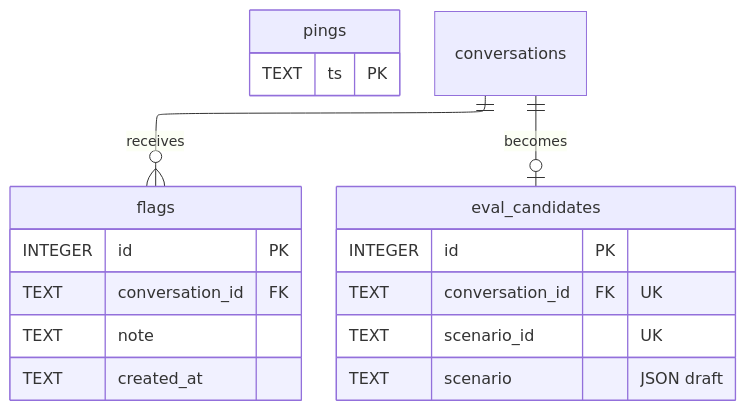
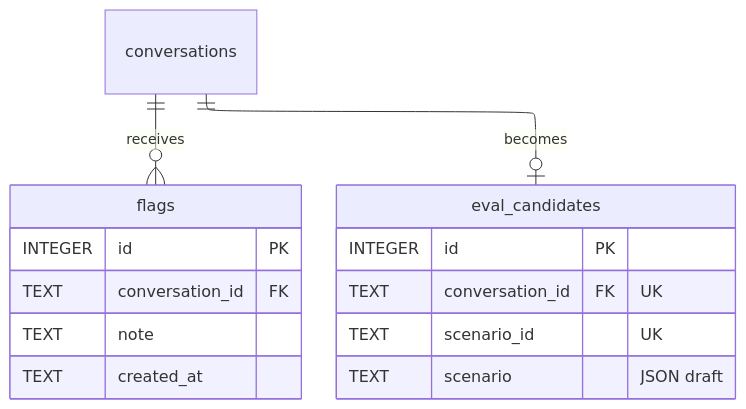
Before and after one commit to ThinkBuildMake/aea-fde-challenge: diagram 11 of 11 in docs/ARCHITECTURE.md, drawn with Mermaid. The commit also changed other lines of this file and 13 other files, not shown here.

````diff
--- a/docs/ARCHITECTURE.md
+++ b/docs/ARCHITECTURE.md
@@ -537,22 +535,19 @@
 ```mermaid
 %%{init: {"layout": "elk"}}%%
 erDiagram
   flags {
     INTEGER id PK
     TEXT conversation_id FK
     TEXT note
     TEXT created_at
   }
   eval_candidates {
     INTEGER id PK
     TEXT conversation_id FK "UK"
     TEXT scenario_id "UK"
     TEXT scenario "JSON draft"
   }
-  pings {
-    TEXT ts PK
-  }
   conversations
   conversations ||--o{ flags : receives
   conversations ||--o| eval_candidates : "becomes"
 ```
````
